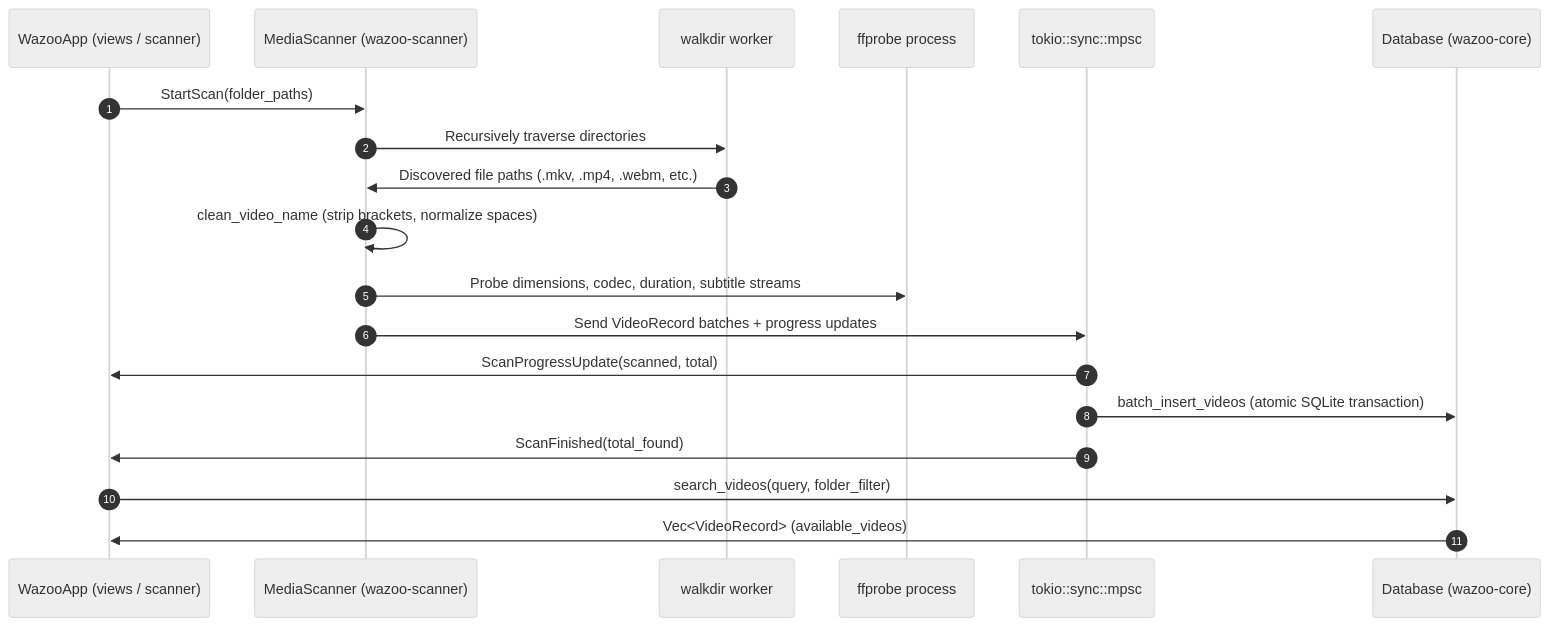
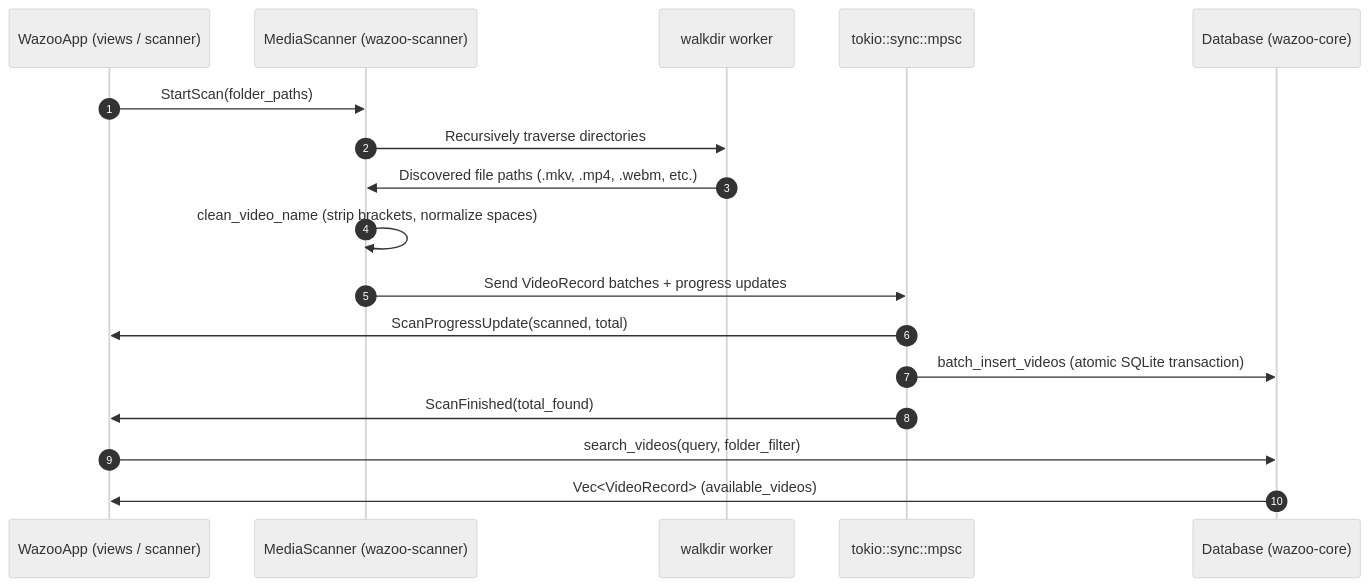
One commit to alkali-softworks/wazoo changed the third of 6 diagrams in docs/README.md. Above: the diagram before and after it, drawn with Mermaid (neutral theme). The commit also changed other lines of this file and 5 other files, not shown here.

Commit message:
refactor(scanner): remove obsolete ffprobe metadata probing and dependencies

````diff
--- a/docs/README.md
+++ b/docs/README.md
@@ -73,22 +73,20 @@
 ```mermaid
 sequenceDiagram
     autonumber
     participant UI as WazooApp (views / scanner)
     participant Scanner as MediaScanner (wazoo-scanner)
     participant WalkDir as walkdir worker
-    participant FFprobe as ffprobe process
     participant Channel as tokio::sync::mpsc
     participant DB as Database (wazoo-core)
 
     UI->>Scanner: StartScan(folder_paths)
     Scanner->>WalkDir: Recursively traverse directories
     WalkDir->>Scanner: Discovered file paths (.mkv, .mp4, .webm, etc.)
     Scanner->>Scanner: clean_video_name (strip brackets, normalize spaces)
-    Scanner->>FFprobe: Probe dimensions, codec, duration, subtitle streams
     Scanner->>Channel: Send VideoRecord batches + progress updates
     Channel->>UI: ScanProgressUpdate(scanned, total)
     Channel->>DB: batch_insert_videos (atomic SQLite transaction)
     Channel->>UI: ScanFinished(total_found)
     UI->>DB: search_videos(query, folder_filter)
     DB->>UI: Vec<VideoRecord> (available_videos)
 ```
````
